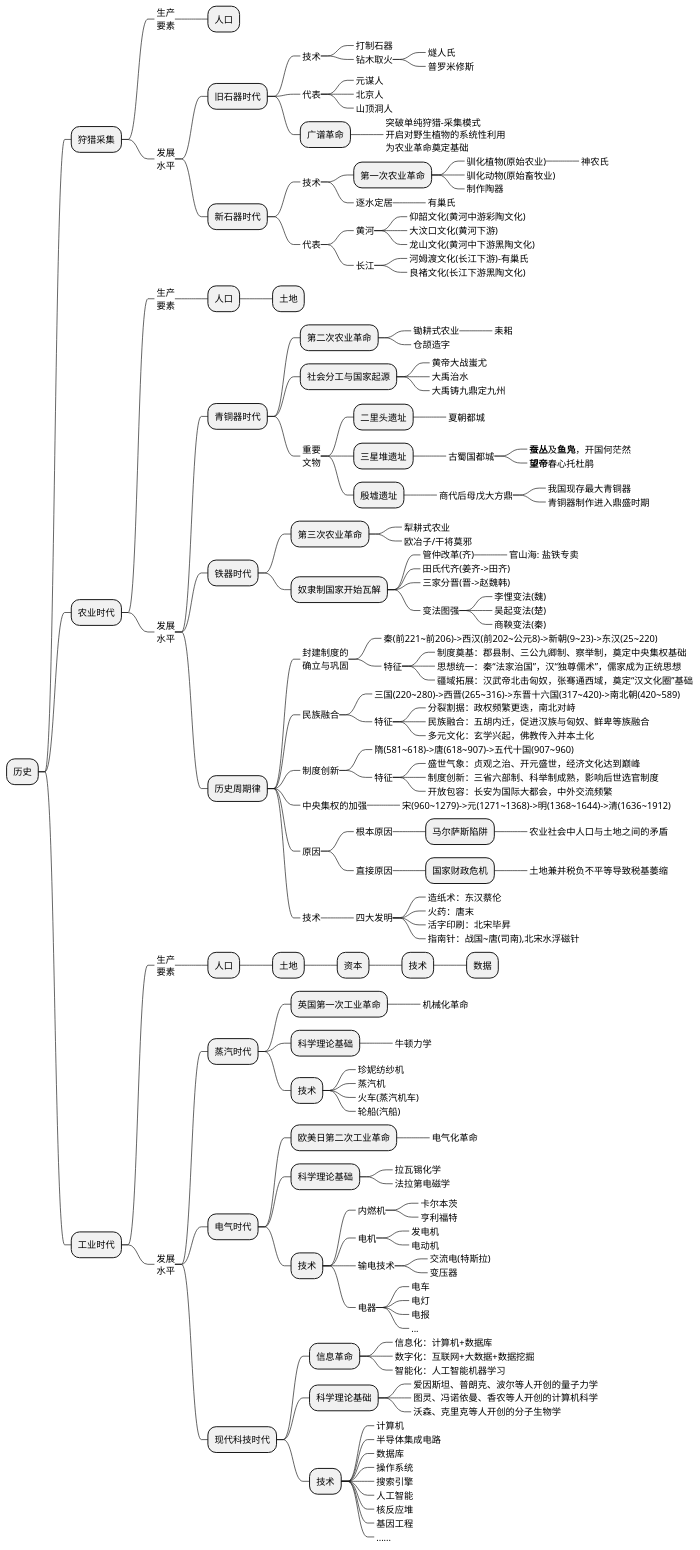
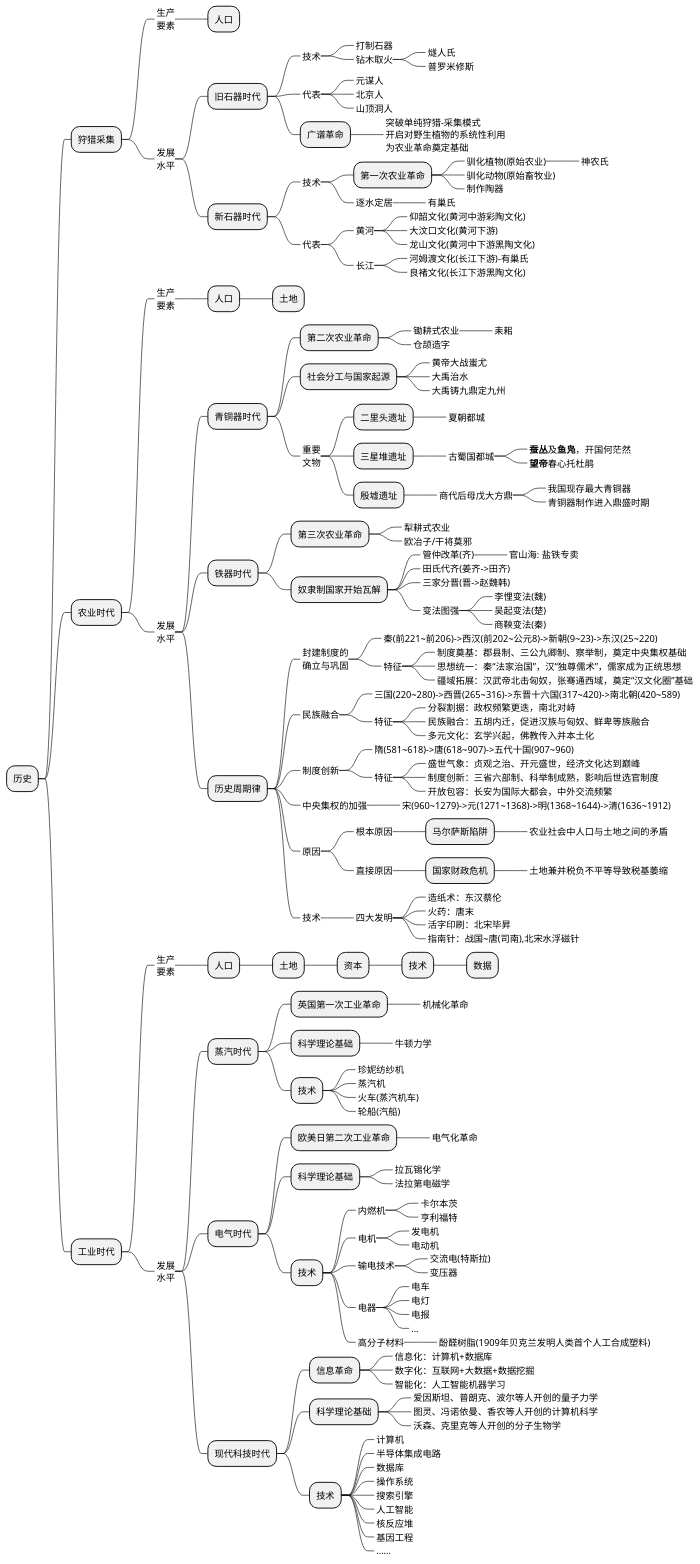
The first of 2 diagrams in source/_posts/economic/economic_and_history.md (holmofy/blog.hufeifei.cn), drawn with PlantUML before and after one commit. The commit also changed other lines of this file, not shown here.

```diff
--- a/source/_posts/economic/economic_and_history.md
+++ b/source/_posts/economic/economic_and_history.md
@@ -164,6 +164,8 @@
 +++++++_ 电灯
 +++++++_ 电报
 +++++++_ ...
+++++++_ 高分子材料
++++++++_ 酚醛树脂(1909年贝克兰发明人类首个人工合成塑料)
 ++++ 现代科技时代
 +++++ 信息革命
 ++++++_ 信息化：计算机+数据库
```
